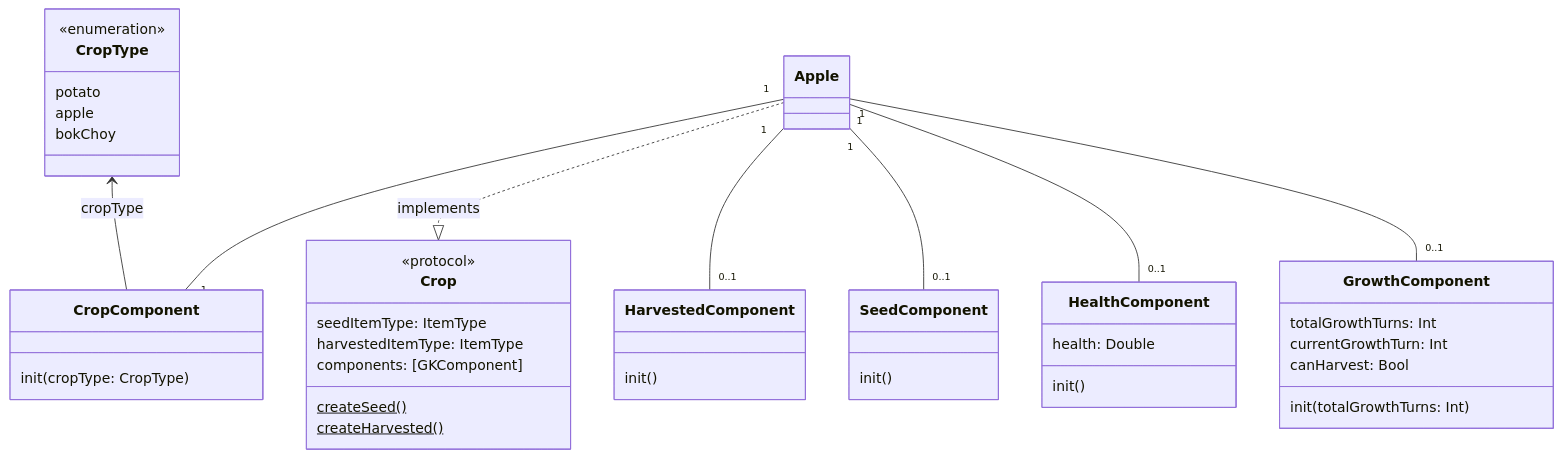
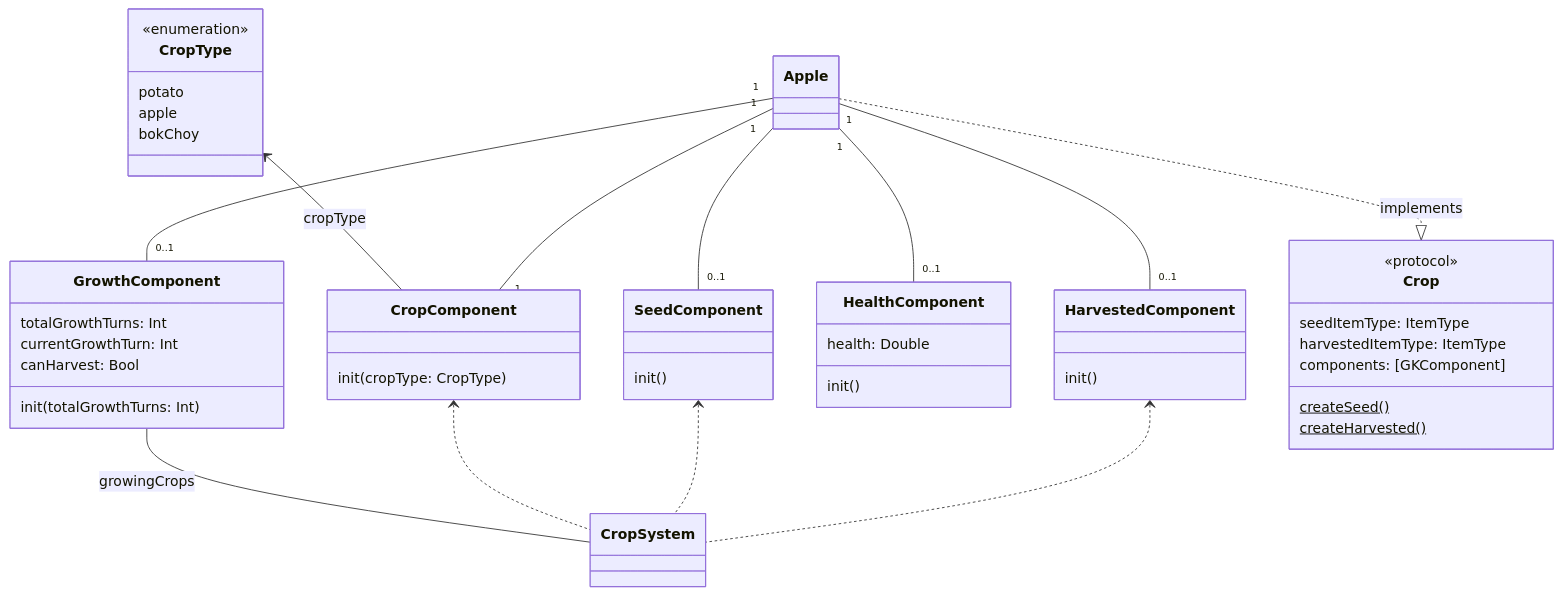
One commit to Ah-Leongs-Farm/mermaid-diagrams changed the diagram in sprint2/crops-ecs.mmd. Above: the diagram before and after it, drawn with Mermaid. The commit also changed 1 other file, not shown here.

Commit message:
Regenerate diagrams

```diff
--- a/sprint2/crops-ecs.mmd
+++ b/sprint2/crops-ecs.mmd
@@ -1,52 +1,56 @@
 classDiagram
   class CropType {
     <<enumeration>>
     potato
     apple
     bokChoy
   }
 
   class CropComponent {
     init(cropType: CropType)
   }
 
   class GrowthComponent {
     totalGrowthTurns: Int
     currentGrowthTurn: Int
     canHarvest: Bool
     init(totalGrowthTurns: Int)
   }
 
   class HarvestedComponent {
     init()
   }
 
   class HealthComponent {
     health: Double
     init()
   }
 
   class SeedComponent {
     init()
   }
 
   class Crop {
     <<protocol>>
     seedItemType: ItemType
     harvestedItemType: ItemType
     components: [GKComponent]
     createSeed()$
     createHarvested()$
   }
 
-  class Apple {
+  class Apple
 
-  }
+  class CropSystem
 
   CropType <-- CropComponent: cropType
   Apple ..|> Crop: implements
   Apple "1" -- "0..1" HarvestedComponent
   Apple "1" -- "0..1" SeedComponent
   Apple "1" -- "0..1" HealthComponent
   Apple "1" -- "0..1" GrowthComponent
   Apple "1" -- "1" CropComponent
+  GrowthComponent -- CropSystem: growingCrops
+  CropComponent <.. CropSystem
+  SeedComponent <.. CropSystem
+  HarvestedComponent <.. CropSystem
```
